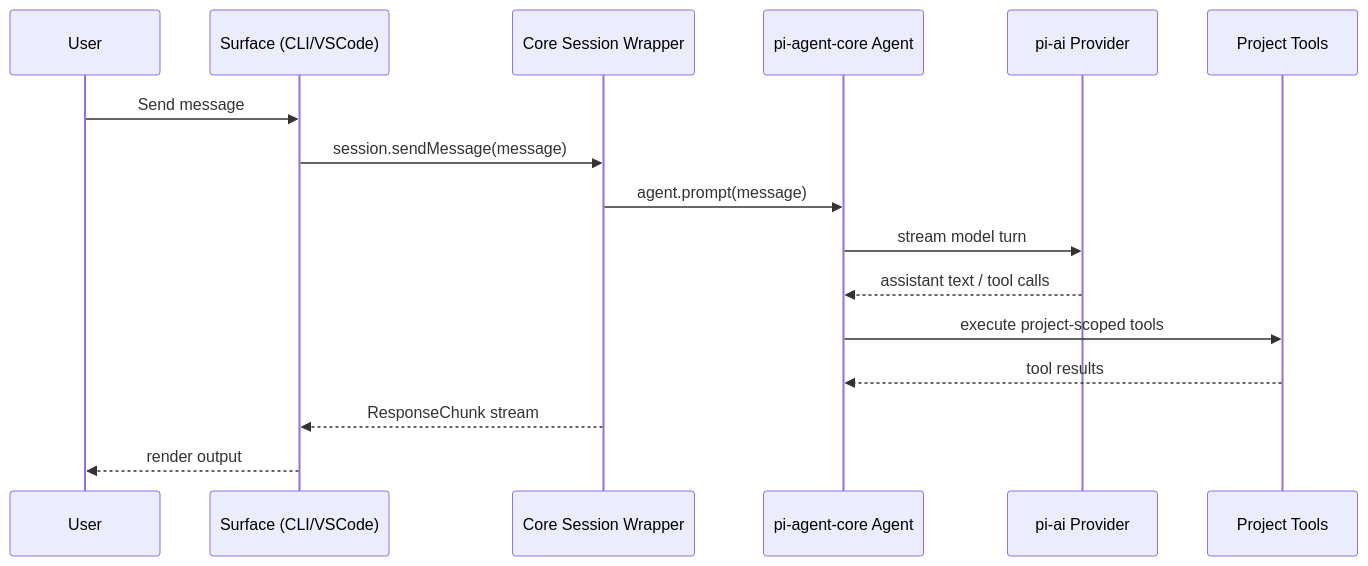
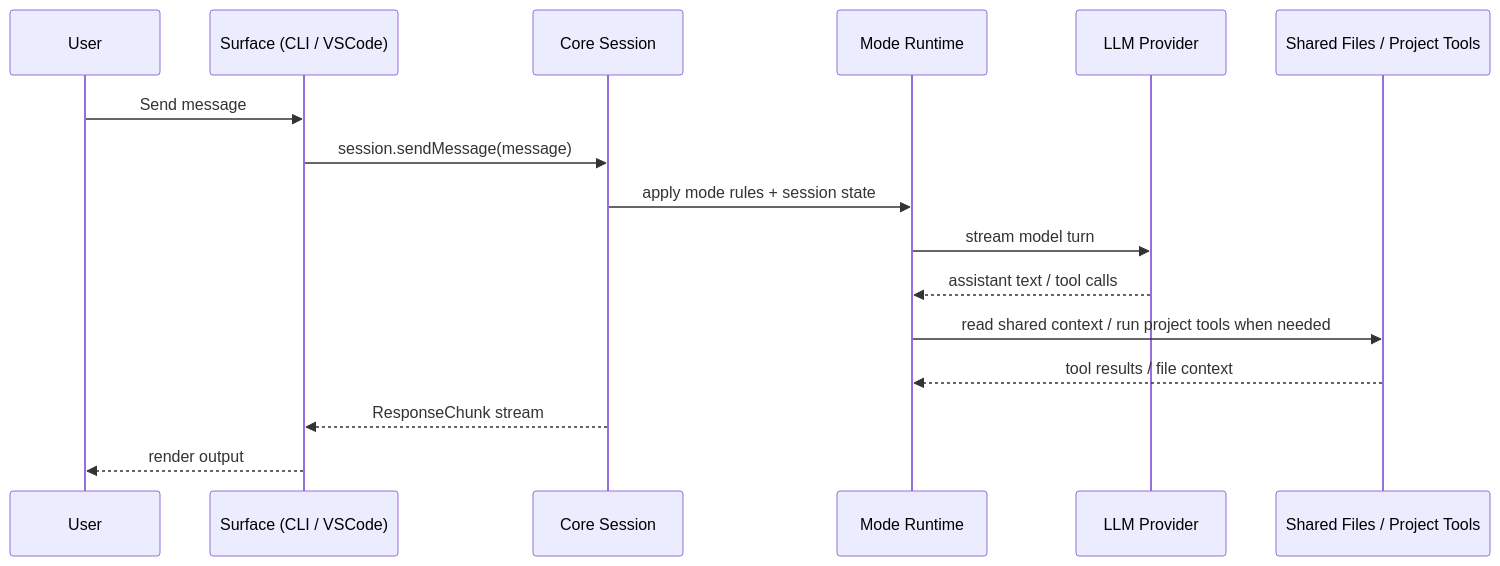
One commit to ShafayetSadi/struggle-code changed the second of 2 diagrams in docs/architecture.md. Above: the diagram before and after it, drawn with Mermaid. The commit also changed other lines of this file and 13 other files, not shown here.

````diff
--- a/docs/architecture.md
+++ b/docs/architecture.md
@@ -117,19 +127,19 @@
 ```mermaid
 sequenceDiagram
   participant U as User
-  participant S as Surface (CLI/VSCode)
-  participant C as Core Session Wrapper
-  participant A as pi-agent-core Agent
-  participant L as pi-ai Provider
-  participant T as Project Tools
+  participant S as Surface (CLI / VSCode)
+  participant C as Core Session
+  participant M as Mode Runtime
+  participant L as LLM Provider
+  participant T as Shared Files / Project Tools
 
   U->>S: Send message
   S->>C: session.sendMessage(message)
-  C->>A: agent.prompt(message)
-  A->>L: stream model turn
-  L-->>A: assistant text / tool calls
-  A->>T: execute project-scoped tools
-  T-->>A: tool results
+  C->>M: apply mode rules + session state
+  M->>L: stream model turn
+  L-->>M: assistant text / tool calls
+  M->>T: read shared context / run project tools when needed
+  T-->>M: tool results / file context
   C-->>S: ResponseChunk stream
   S-->>U: render output
 ```
````
